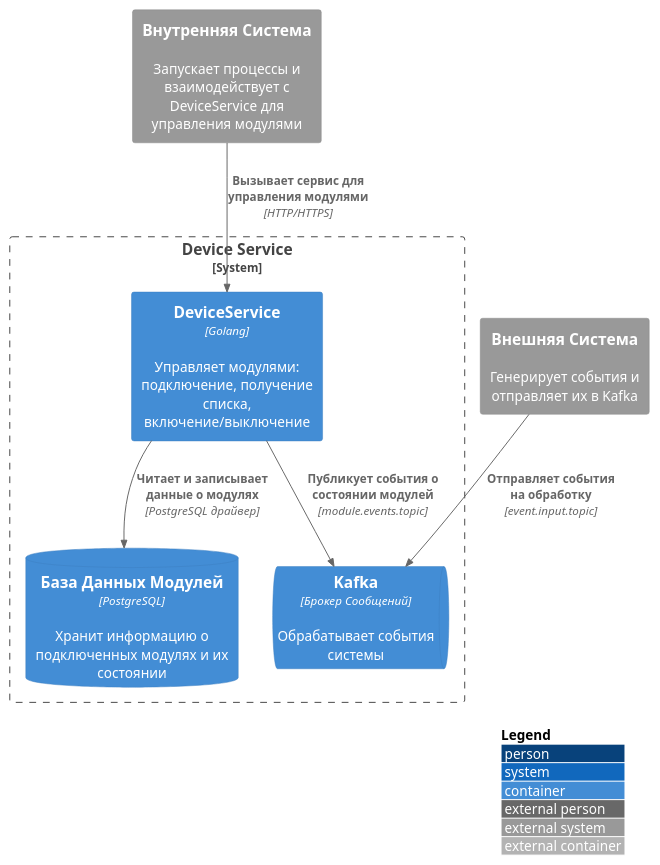
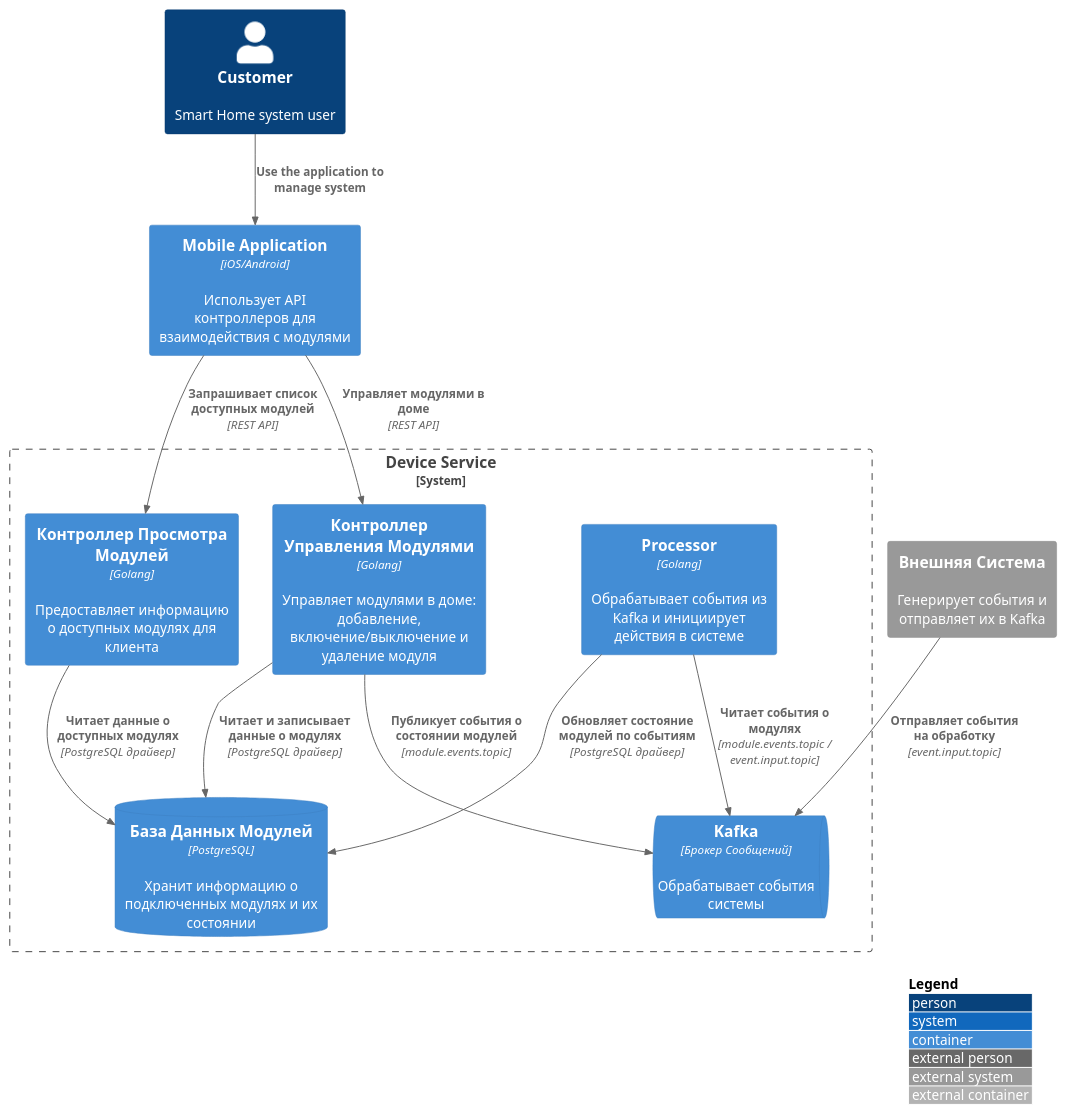
One commit to baydinvladislav/architecture-sprint-3 changed the diagram in smart-home-monolith/diagrams/component/Component_CleverVillageSystem_DeviceService.puml. Above: the diagram before and after it, drawn with PlantUML.

Commit message:
add customer

```diff
--- a/smart-home-monolith/diagrams/component/Component_CleverVillageSystem_DeviceService.puml
+++ b/smart-home-monolith/diagrams/component/Component_CleverVillageSystem_DeviceService.puml
@@ -1,20 +1,31 @@
 @startuml
 !include <C4/C4_Container>
 
 LAYOUT_WITH_LEGEND()
 
-System_Ext(internal_system, "Внутренняя Система", "Запускает процессы и взаимодействует с DeviceService для управления модулями")
+Person(user, "Customer", "Smart Home system user")
+Container(app_client, "Mobile Application", "iOS/Android", "Использует API контроллеров для взаимодействия с модулями")
 System_Ext(external_system, "Внешняя Система", "Генерирует события и отправляет их в Kafka")
 
 System_Boundary(b_system, "Device Service") {
-    Container(device_service, "DeviceService", "Golang", "Управляет модулями: подключение, получение списка, включение/выключение")
+    Container(controller_modules_view, "Контроллер Просмотра Модулей", "Golang", "Предоставляет информацию о доступных модулях для клиента")
+    Container(controller_module_management, "Контроллер Управления Модулями", "Golang", "Управляет модулями в доме: добавление, включение/выключение и удаление модуля")
+
+    Container(processor, "Processor", "Golang", "Обрабатывает события из Kafka и инициирует действия в системе")
+
     ContainerDb(modules_db, "База Данных Модулей", "PostgreSQL", "Хранит информацию о подключенных модулях и их состоянии")
     ContainerQueue(kafka_broker, "Kafka", "Брокер Сообщений", "Обрабатывает события системы")
 }
 
-Rel(internal_system, device_service, "Вызывает сервис для управления модулями", "HTTP/HTTPS")
-Rel(device_service, modules_db, "Читает и записывает данные о модулях", "PostgreSQL драйвер")
-Rel(device_service, kafka_broker, "Публикует события о состоянии модулей", "module.events.topic")
+Rel(app_client, controller_modules_view, "Запрашивает список доступных модулей", "REST API")
+Rel(app_client, controller_module_management, "Управляет модулями в доме", "REST API")
+
+Rel(user, app_client, "Use the application to manage system")
+Rel(controller_modules_view, modules_db, "Читает данные о доступных модулях", "PostgreSQL драйвер")
+Rel(controller_module_management, modules_db, "Читает и записывает данные о модулях", "PostgreSQL драйвер")
+Rel(controller_module_management, kafka_broker, "Публикует события о состоянии модулей", "module.events.topic")
 Rel(external_system, kafka_broker, "Отправляет события на обработку", "event.input.topic")
+Rel(processor, kafka_broker, "Читает события о модулях", "module.events.topic / event.input.topic")
+Rel(processor, modules_db, "Обновляет состояние модулей по событиям", "PostgreSQL драйвер")
 
 @enduml
```
